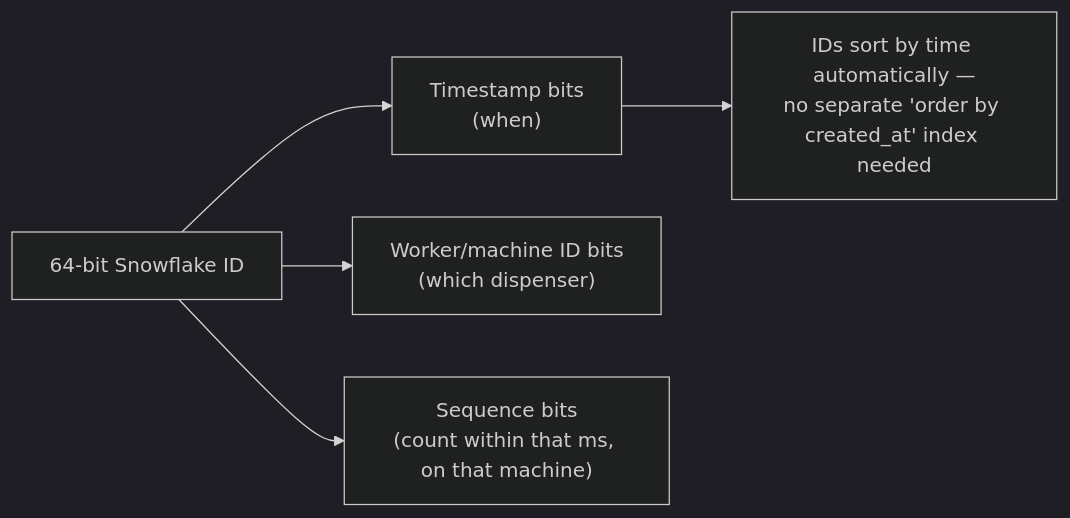
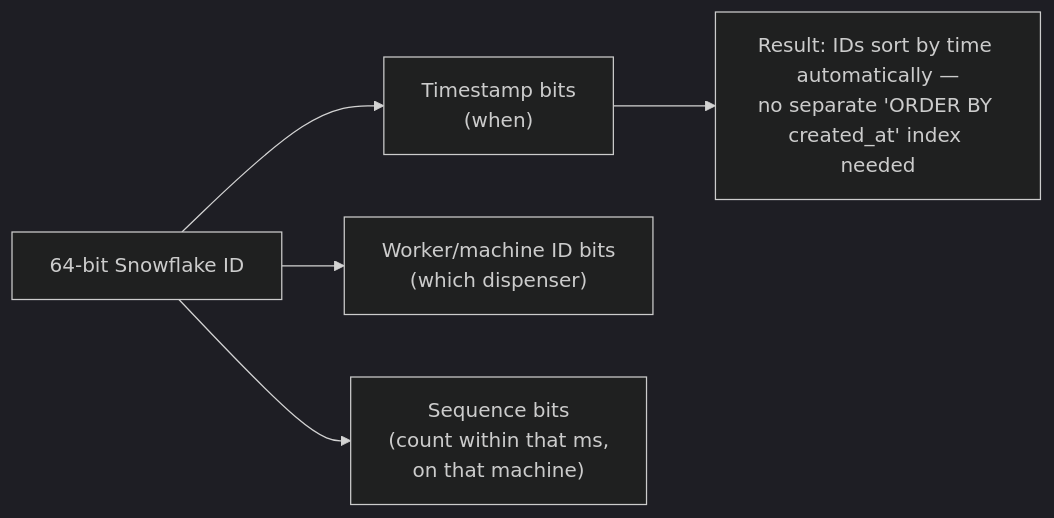
Before and after one commit to riyaz-pasha/Learnings: the seventh of 16 diagrams in system-design/HLD/0-course/31-Design Twitter-FAANG-Guide-story.md, drawn with Mermaid (dark theme). The commit also changed other lines of this file and 1 other file, not shown here.

Commit message:
[REWRITE] Design Twitter story guide: simplify prose, add structure, fix diagrams

````diff
--- a/system-design/HLD/0-course/31-Design Twitter-FAANG-Guide-story.md
+++ b/system-design/HLD/0-course/31-Design Twitter-FAANG-Guide-story.md
@@ -151,7 +279,7 @@
 ```mermaid
 flowchart LR
-    T["64-bit Snowflake ID"] --> P1["Timestamp bits\n(when)"]
-    T --> P2["Worker/machine ID bits\n(which dispenser)"]
-    T --> P3["Sequence bits\n(count within that ms, on that machine)"]
-    P1 --> ORD["IDs sort by time automatically —\nno separate 'order by created_at' index needed"]
+    T["64-bit Snowflake ID"] --> P1["Timestamp bits<br/>(when)"]
+    T --> P2["Worker/machine ID bits<br/>(which dispenser)"]
+    T --> P3["Sequence bits<br/>(count within that ms,<br/>on that machine)"]
+    P1 --> ORD["Result: IDs sort by time automatically —<br/>no separate 'ORDER BY created_at' index needed"]
 ```
````
